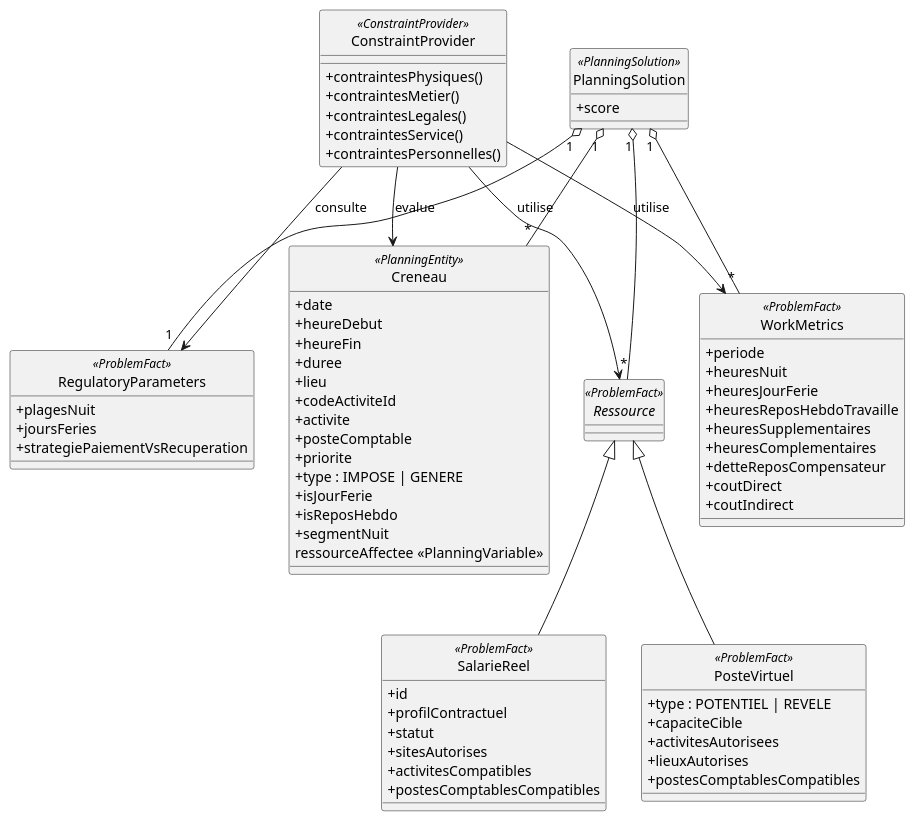
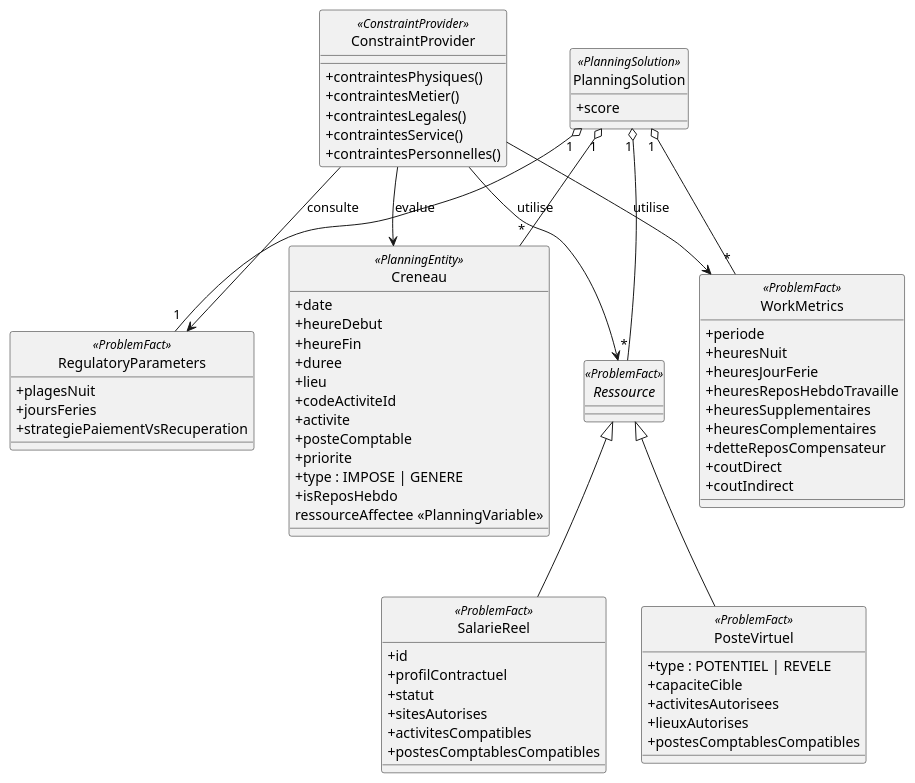
The diagram in docs/UML.md (cpovereau/ocealia-planning-engine), drawn with PlantUML before and after one commit. The commit also changed 31 other files, not shown here.

```diff
--- a/docs/UML.md
+++ b/docs/UML.md
@@ -51,9 +51,7 @@
   +posteComptable
   +priorite
   +type : IMPOSE | GENERE
-  +isJourFerie
   +isReposHebdo
-  +segmentNuit
 }
 
 ' =========================
```
